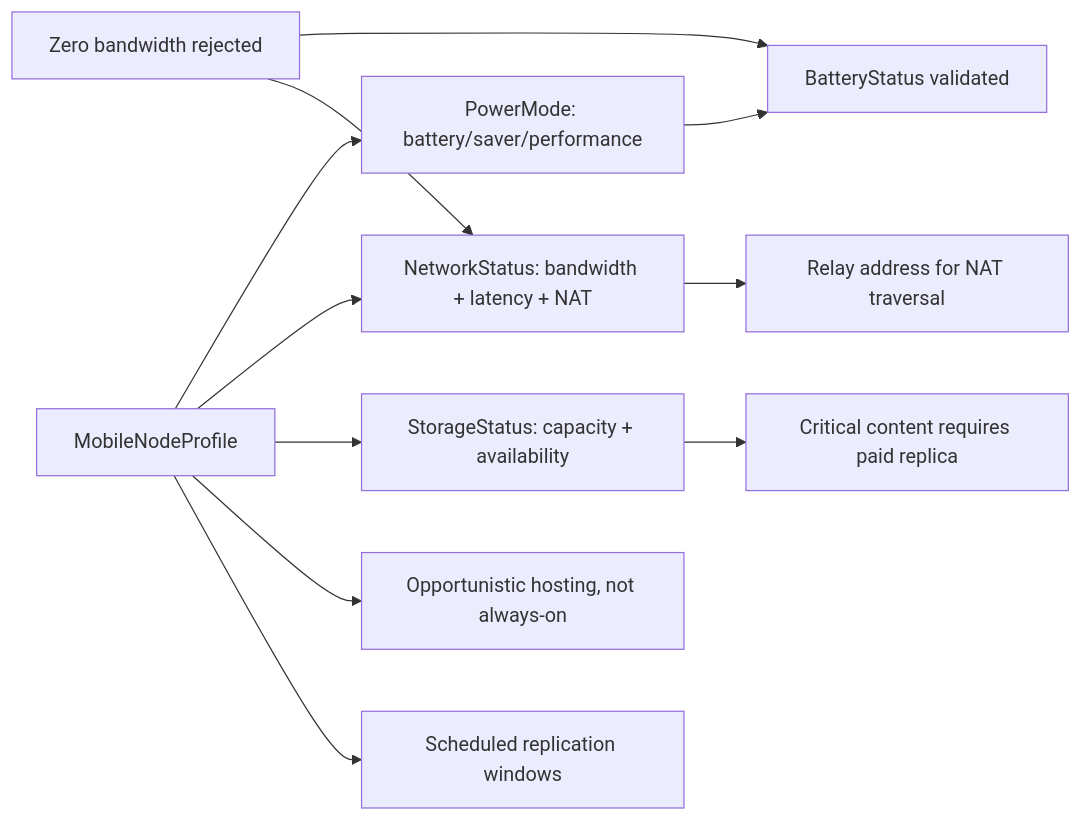
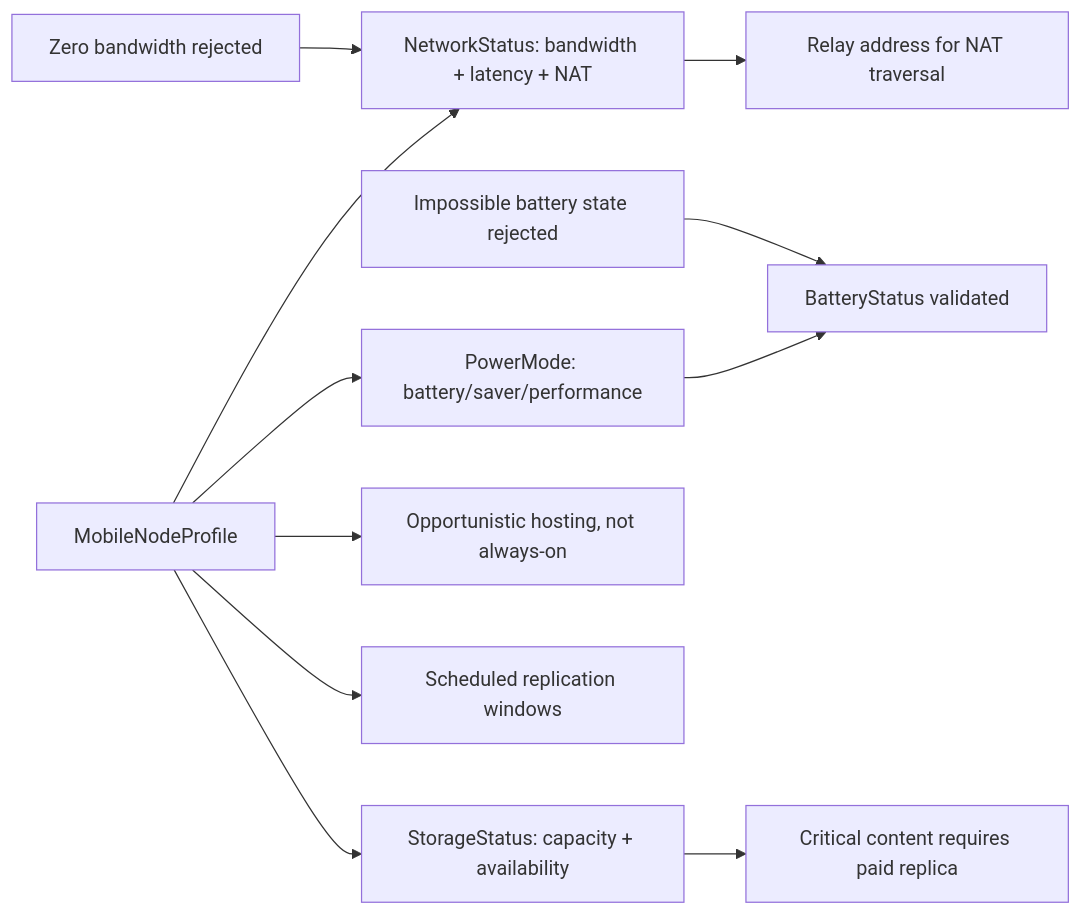
Diagram 49 of 51 in ARCHITECTURE.md (budlum-xyz/deneme), drawn with Mermaid before and after one commit. The commit also changed other lines of this file and 25 other files, not shown here.

````diff
--- a/ARCHITECTURE.md
+++ b/ARCHITECTURE.md
@@ -1382,13 +1382,13 @@
 ```mermaid
 flowchart LR
   Profile[MobileNodeProfile] --> Power[PowerMode: battery/saver/performance]
   Power --> Battery[BatteryStatus validated]
   Profile --> Network["NetworkStatus: bandwidth + latency + NAT"]
   Profile --> Storage["StorageStatus: capacity + availability"]
   Network --> Relay[Relay address for NAT traversal]
   Storage --> Critical[Critical content requires paid replica]
   Profile --> Opportunistic["Opportunistic hosting, not always-on"]
   Profile --> Scheduled[Scheduled replication windows]
-  Validation[Impossible battery state rejected] --> Battery
-  Validation[Zero bandwidth rejected] --> Network
+  BatteryCheck[Impossible battery state rejected] --> Battery
+  BandwidthCheck[Zero bandwidth rejected] --> Network
 ```
````
